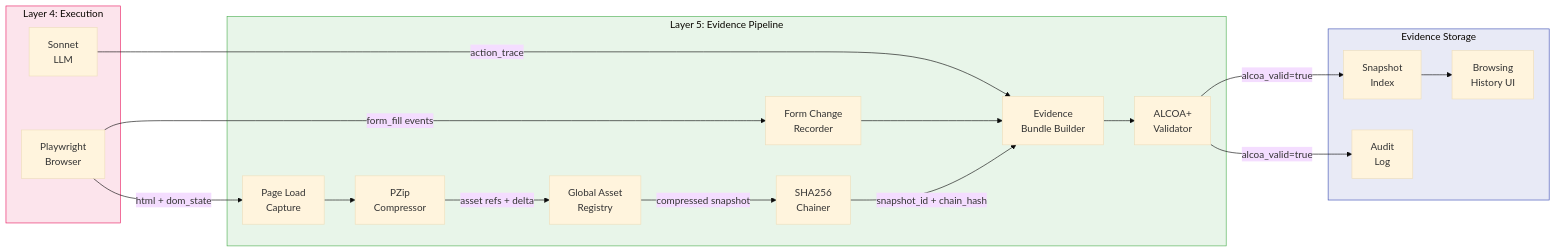
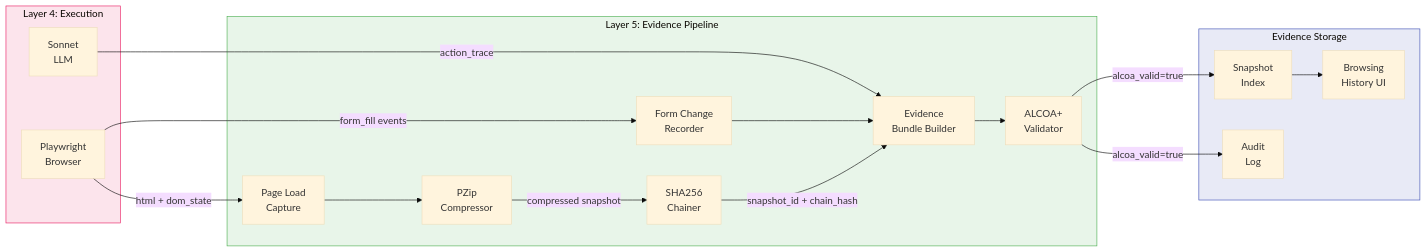
One commit to phuctruong/stillwater changed the fourth of 5 diagrams in papers/52-solace-browser-architecture.md. Above: the diagram before and after it, drawn with Mermaid (base theme). The commit also changed other lines of this file and 4 other files, not shown here.

````diff
--- a/papers/52-solace-browser-architecture.md
+++ b/papers/52-solace-browser-architecture.md
@@ -788,41 +784,39 @@
 ```mermaid
 graph LR
     subgraph L4_EXEC[Layer 4: Execution]
         PLY[Playwright\nBrowser]
         SON[Sonnet\nLLM]
     end
 
     subgraph L5_EVIDENCE[Layer 5: Evidence Pipeline]
         CAP[Page Load\nCapture]
         PZIP[PZip\nCompressor]
-        GAR[Global Asset\nRegistry]
         HASH[SHA256\nChainer]
         FORM[Form Change\nRecorder]
         BUNDLE[Evidence\nBundle Builder]
         SEAL[ALCOA+\nValidator]
     end
 
     subgraph STORAGE[Evidence Storage]
         IDX[Snapshot\nIndex]
         HIST[Browsing\nHistory UI]
         AUDIT[Audit\nLog]
     end
 
     PLY -->|html + dom_state| CAP
     PLY -->|form_fill events| FORM
     SON -->|action_trace| BUNDLE
 
     CAP --> PZIP
-    PZIP -->|asset refs + delta| GAR
-    GAR -->|compressed snapshot| HASH
+    PZIP -->|compressed snapshot| HASH
     FORM --> BUNDLE
     HASH -->|snapshot_id + chain_hash| BUNDLE
     BUNDLE --> SEAL
     SEAL -->|alcoa_valid=true| IDX
     SEAL -->|alcoa_valid=true| AUDIT
     IDX --> HIST
 
     style L4_EXEC fill:#fce4ec,stroke:#E91E63
     style L5_EVIDENCE fill:#e8f5e9,stroke:#4CAF50
     style STORAGE fill:#e8eaf6,stroke:#3F51B5
 ```
````
